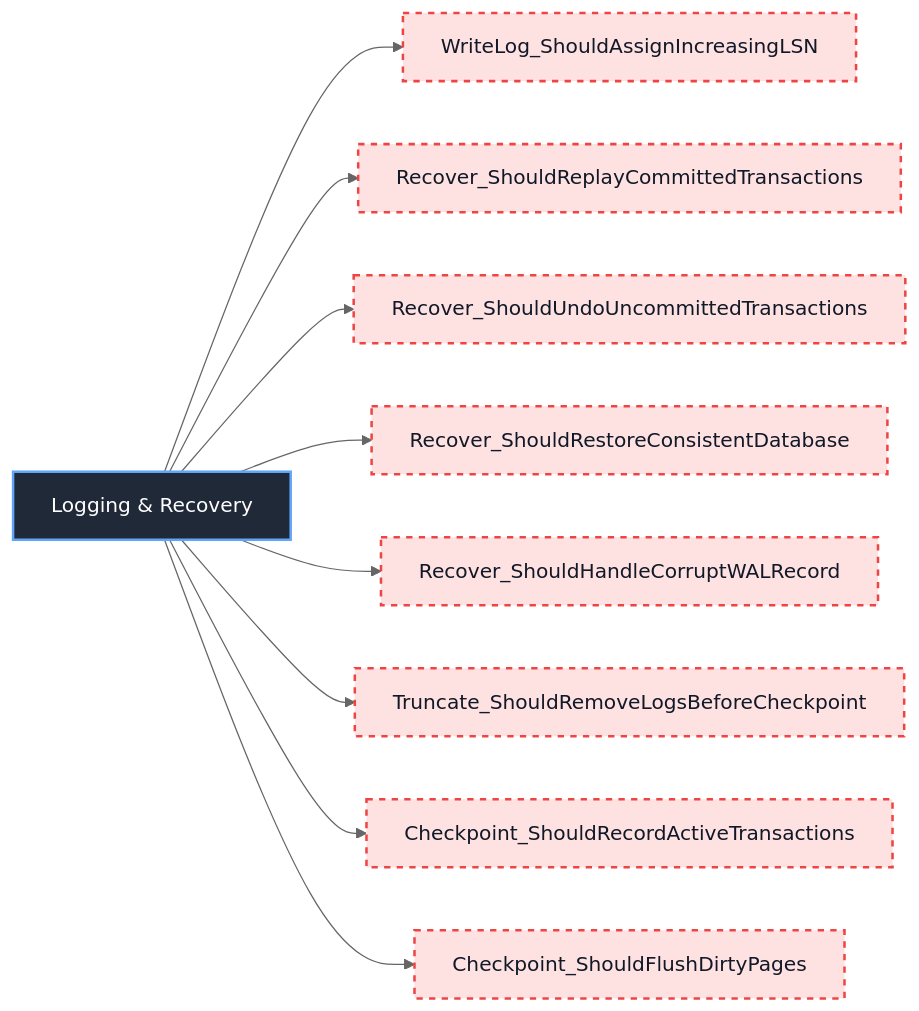
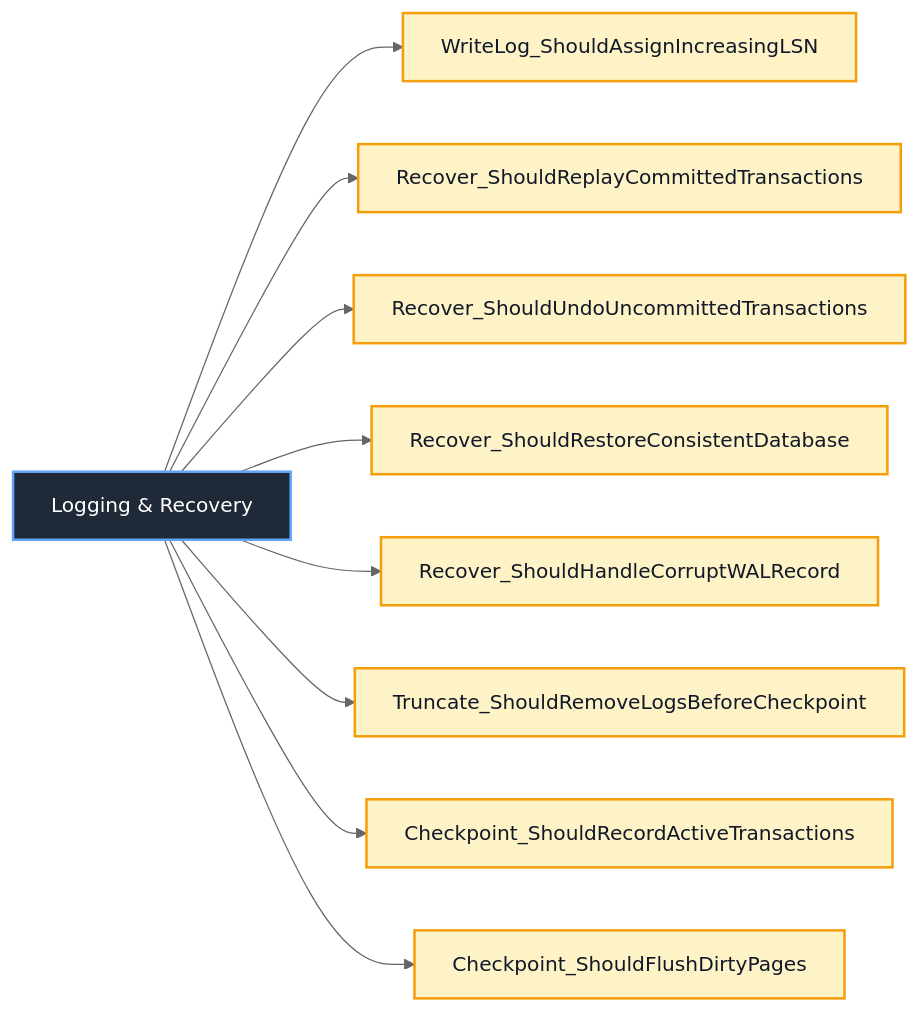
Before and after one commit to Hagiakhanh/bbv-dbms: diagram 30 of 53 in docs/sequence-diagrams/README.md, drawn with Mermaid (neutral theme). The commit also changed other lines of this file and 30 other files, not shown here.

````diff
--- a/docs/sequence-diagrams/README.md
+++ b/docs/sequence-diagrams/README.md
@@ -1234,20 +1235,20 @@
 ```mermaid
 flowchart LR
     ClassNode["Logging & Recovery"]
 
     ClassNode --> Logging___Recovery_1["WriteLog_ShouldAssignIncreasingLSN"]
     ClassNode --> Logging___Recovery_2["Recover_ShouldReplayCommittedTransactions"]
     ClassNode --> Logging___Recovery_3["Recover_ShouldUndoUncommittedTransactions"]
     ClassNode --> Logging___Recovery_4["Recover_ShouldRestoreConsistentDatabase"]
     ClassNode --> Logging___Recovery_5["Recover_ShouldHandleCorruptWALRecord"]
     ClassNode --> Logging___Recovery_6["Truncate_ShouldRemoveLogsBeforeCheckpoint"]
     ClassNode --> Logging___Recovery_7["Checkpoint_ShouldRecordActiveTransactions"]
     ClassNode --> Logging___Recovery_8["Checkpoint_ShouldFlushDirtyPages"]
 
     classDef classNode fill:#1f2937,stroke:#60a5fa,color:#ffffff,stroke-width:2px
     classDef completedTest fill:#dcfce7,stroke:#22c55e,color:#111827,stroke-width:2px
-    classDef missingTest fill:#fee2e2,stroke:#ef4444,color:#111827,stroke-width:2px,stroke-dasharray:5 5
+    classDef redPhaseTest fill:#fef3c7,stroke:#f59e0b,color:#111827,stroke-width:2px
 
     class ClassNode classNode
-    class Logging___Recovery_1,Logging___Recovery_2,Logging___Recovery_3,Logging___Recovery_4,Logging___Recovery_5,Logging___Recovery_6,Logging___Recovery_7,Logging___Recovery_8 missingTest
+    class Logging___Recovery_1,Logging___Recovery_2,Logging___Recovery_3,Logging___Recovery_4,Logging___Recovery_5,Logging___Recovery_6,Logging___Recovery_7,Logging___Recovery_8 redPhaseTest
 ```
````
